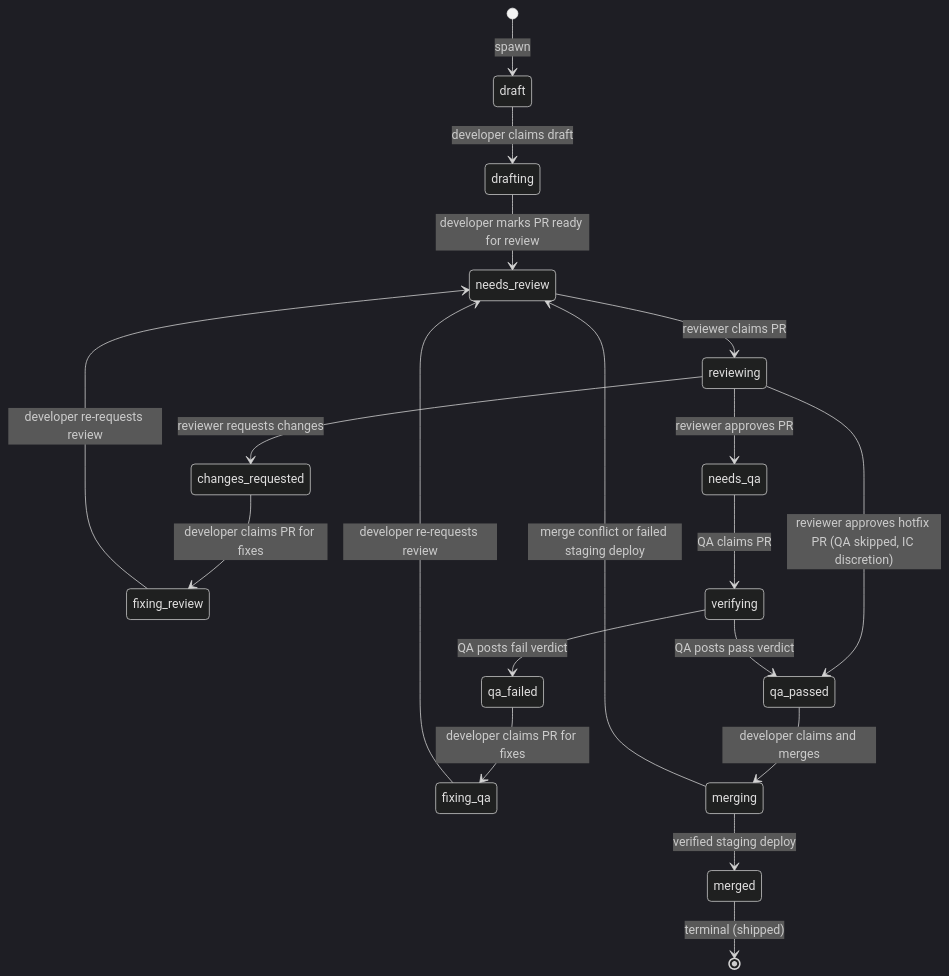
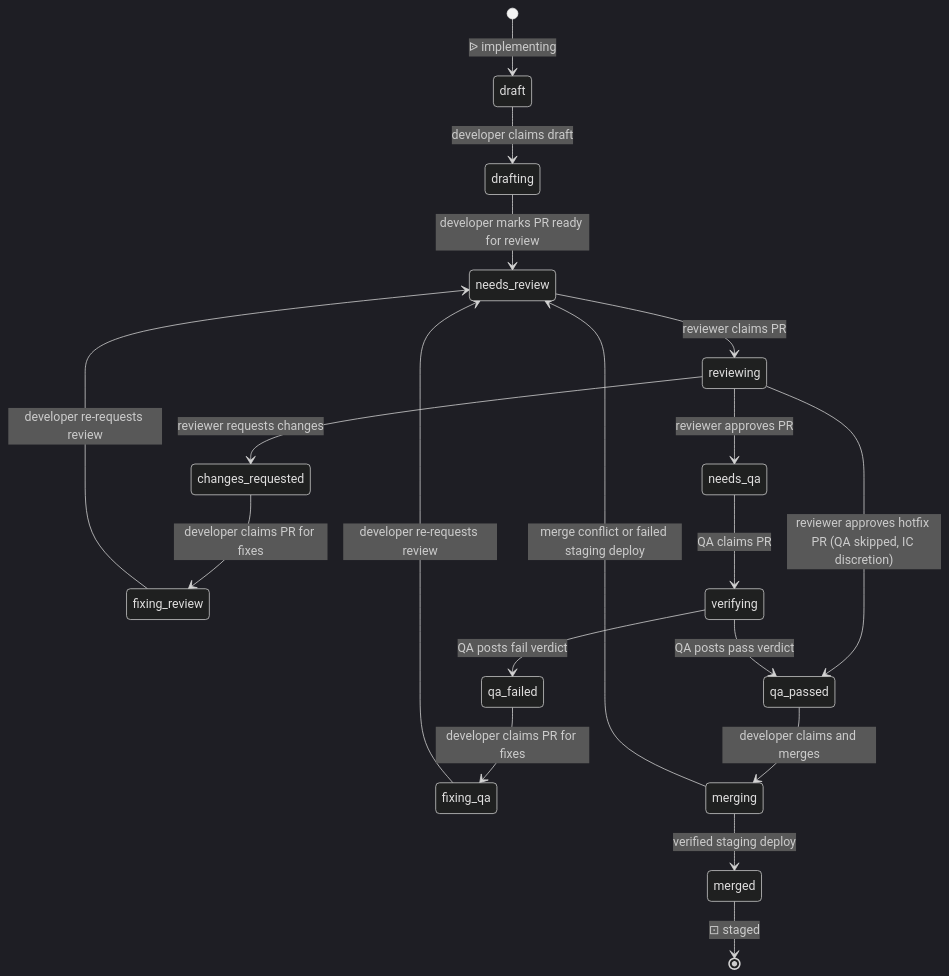
Before and after one commit to blemees/blemees-workflow: the diagram in examples/workflows/pr-states.mermaid, drawn with Mermaid (dark theme). The commit also changed 28 other files, not shown here.

```diff
--- a/examples/workflows/pr-states.mermaid
+++ b/examples/workflows/pr-states.mermaid
@@ -1,20 +1,20 @@
 stateDiagram-v2
     direction TB
     draft --> drafting: developer claims draft
     drafting --> needs_review: developer marks PR ready for review
     needs_review --> reviewing: reviewer claims PR
     reviewing --> needs_qa: reviewer approves PR
     reviewing --> qa_passed: reviewer approves hotfix PR (QA skipped, IC discretion)
     reviewing --> changes_requested: reviewer requests changes
     changes_requested --> fixing_review: developer claims PR for fixes
     fixing_review --> needs_review: developer re-requests review
     needs_qa --> verifying: QA claims PR
     verifying --> qa_passed: QA posts pass verdict
     verifying --> qa_failed: QA posts fail verdict
     qa_failed --> fixing_qa: developer claims PR for fixes
     fixing_qa --> needs_review: developer re-requests review
     qa_passed --> merging: developer claims and merges
     merging --> merged: verified staging deploy
     merging --> needs_review: merge conflict or failed staging deploy
-    merged --> [*]: terminal (shipped)
-    [*] --> draft: spawn
+    merged --> [*]: ⊡ staged
+    [*] --> draft: ᐉ implementing
```
